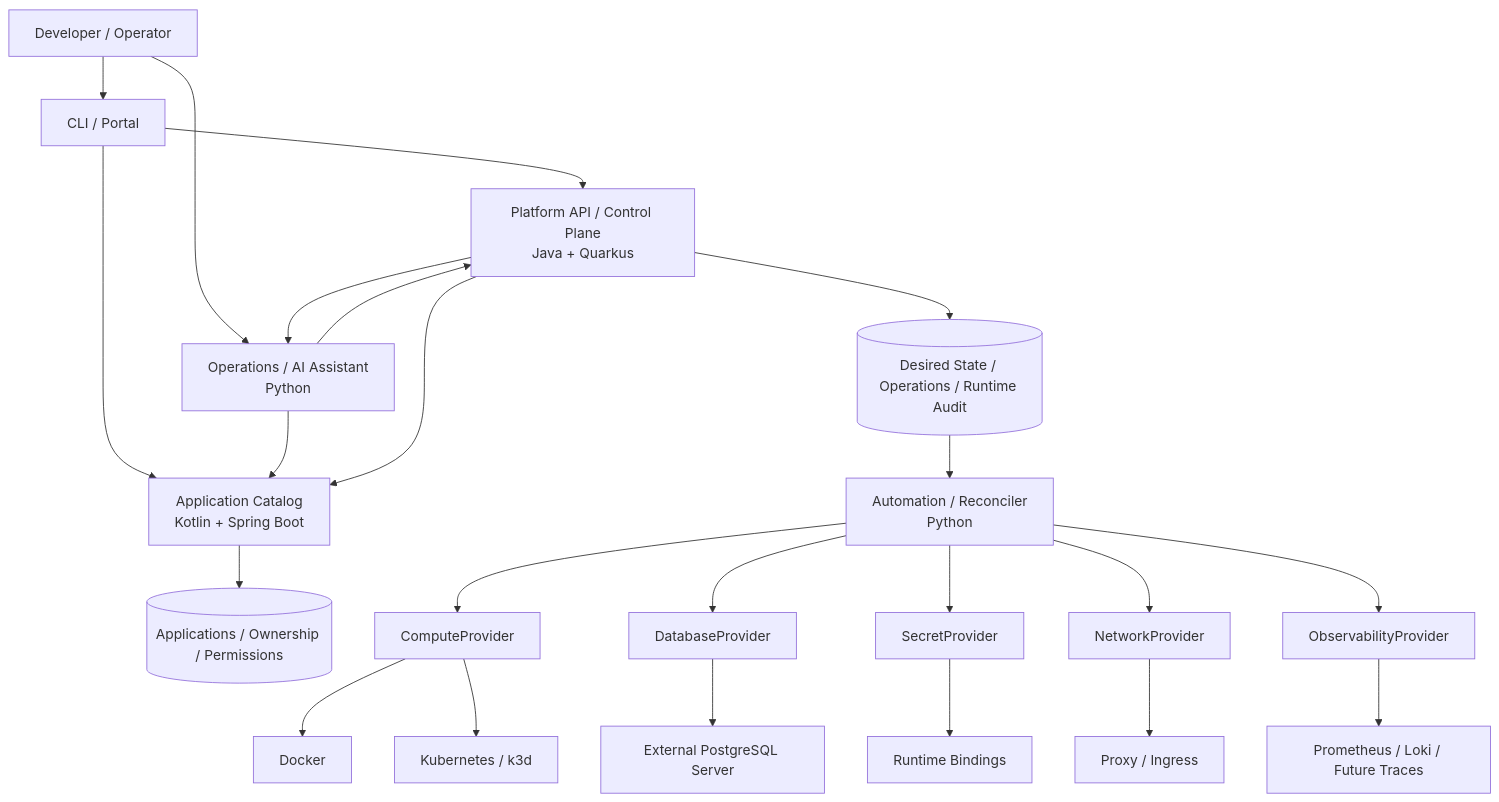
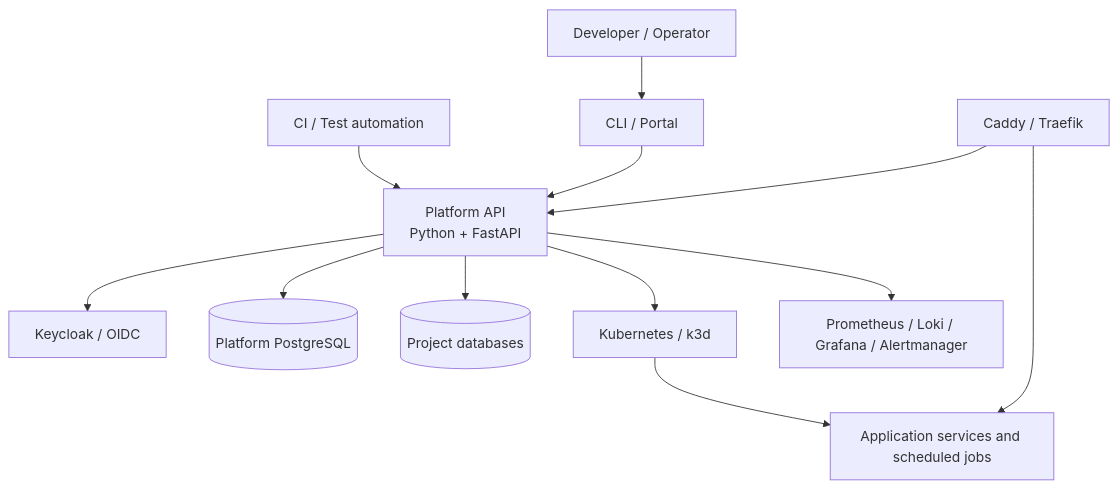
One commit to eseidinger/developer-platform changed the diagram in docs/02-architecture/overview.md. Above: the diagram before and after it, drawn with Mermaid. The commit also changed other lines of this file and 27 other files, not shown here.

Commit message:
docs: retain single Python platform architecture

````diff
--- a/docs/02-architecture/overview.md
+++ b/docs/02-architecture/overview.md
@@ -21,25 +11,14 @@
 ```mermaid
 flowchart TB
-    Human["Developer / Operator"] --> Clients["CLI / Portal"]
-    Human --> AI["Operations / AI Assistant<br/>Python"]
-    Clients --> Catalog["Application Catalog<br/>Kotlin + Spring Boot"]
-    Clients --> API["Platform API / Control Plane<br/>Java + Quarkus"]
-    AI --> API
-    AI --> Catalog
-    API --> AI
-    API --> Catalog
-    Catalog --> CatalogState[("Applications / Ownership / Permissions")]
-    API --> ControlState[("Desired State / Operations / Runtime Audit")]
-    ControlState --> Worker["Automation / Reconciler<br/>Python"]
-    Worker --> Compute["ComputeProvider"]
-    Worker --> DB["DatabaseProvider"]
-    Worker --> Secret["SecretProvider"]
-    Worker --> Net["NetworkProvider"]
-    Worker --> Obs["ObservabilityProvider"]
-    Compute --> Docker["Docker"]
-    Compute --> K8s["Kubernetes / k3d"]
-    DB --> PG["External PostgreSQL Server"]
-    Secret --> Bind["Runtime Bindings"]
-    Net --> Route["Proxy / Ingress"]
-    Obs --> Telemetry["Prometheus / Loki / Future Traces"]
+    Human[Developer / Operator] --> Clients[CLI / Portal]
+    CI[CI / Test automation] --> API[Platform API<br/>Python + FastAPI]
+    Clients --> API
+    API --> Identity[Keycloak / OIDC]
+    API --> PlatformState[(Platform PostgreSQL)]
+    API --> ProjectDB[(Project databases)]
+    API --> K8s[Kubernetes / k3d]
+    K8s --> Workloads[Application services and scheduled jobs]
+    API --> Obs[Prometheus / Loki / Grafana / Alertmanager]
+    Edge[Caddy / Traefik] --> API
+    Edge --> Workloads
 ```
````
